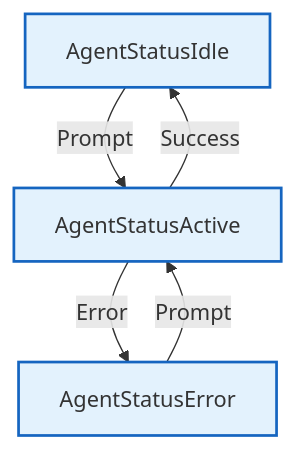
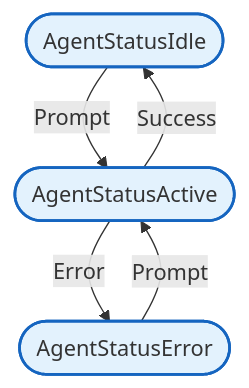
The diagram in docs/internal/agent/status.md (radch-ai/ava), drawn with Mermaid before and after one commit. The commit also changed 24 other files, not shown here.

````diff
--- a/docs/internal/agent/status.md
+++ b/docs/internal/agent/status.md
@@ -7,10 +7,11 @@
 ```mermaid
 flowchart TB
-    Idle["AgentStatusIdle"] -->|Prompt| Active["AgentStatusActive"]
+    Idle(["AgentStatusIdle"]) -->|Prompt| Active(["AgentStatusActive"])
     Active -->|Success| Idle
-    Active -->|Error| ErrorState["AgentStatusError"]
+    Active -->|Error| ErrorState(["AgentStatusError"])
     ErrorState -->|Prompt| Active
 
     classDef mainFn fill:#e3f2fd,stroke:#1565c0,stroke-width:2px
+
     class Idle,Active,ErrorState mainFn
 ```
````
